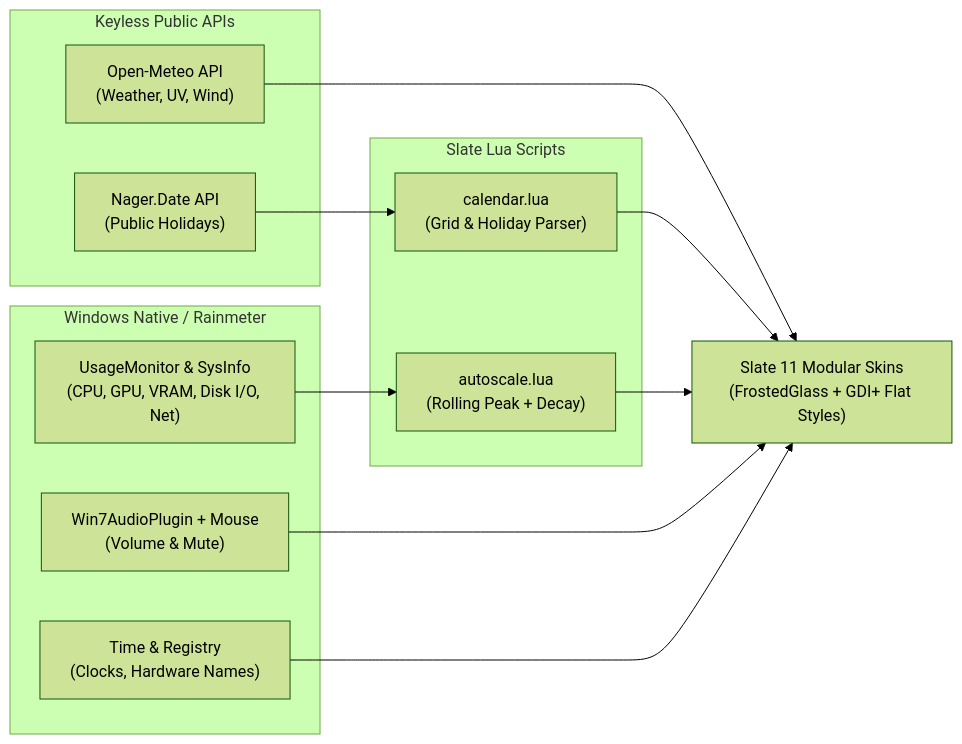
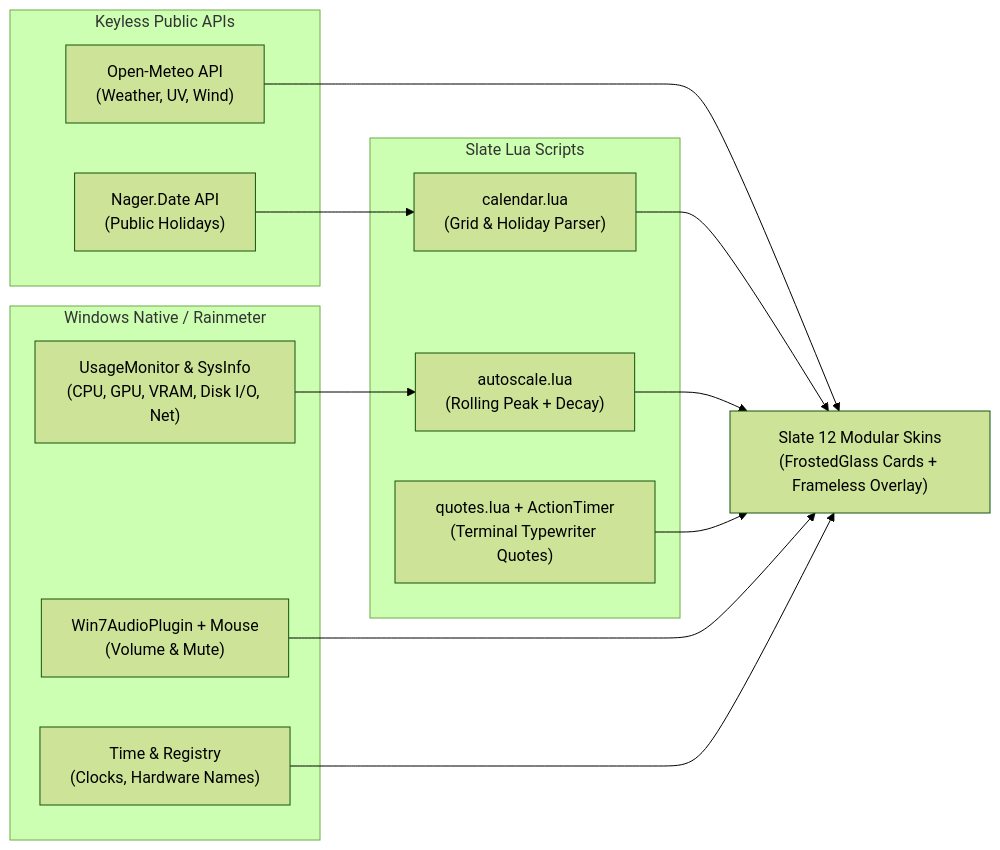
The diagram in README.md (marcelofrau/slate-rainmeter), drawn with Mermaid (forest theme) before and after one commit. The commit also changed other lines of this file, not shown here.

Commit message:
docs(README): document DesktopClock, terminal typewriter quotes, and 12-skin layout

````diff
--- a/README.md
+++ b/README.md
@@ -42,24 +46,26 @@
 ```mermaid
 flowchart LR
     subgraph Native["Windows Native / Rainmeter"]
         Perf["UsageMonitor & SysInfo\n(CPU, GPU, VRAM, Disk I/O, Net)"]
         Audio["Win7AudioPlugin + Mouse\n(Volume & Mute)"]
         ClockM["Time & Registry\n(Clocks, Hardware Names)"]
     end
 
     subgraph PublicAPIs["Keyless Public APIs"]
         Meteo["Open-Meteo API\n(Weather, UV, Wind)"]
         Nager["Nager.Date API\n(Public Holidays)"]
     end
 
     subgraph LuaEngine["Slate Lua Scripts"]
         AutoScale["autoscale.lua\n(Rolling Peak + Decay)"]
         CalLua["calendar.lua\n(Grid & Holiday Parser)"]
+        QuotesLua["quotes.lua + ActionTimer\n(Terminal Typewriter Quotes)"]
     end
 
-    Perf --> AutoScale --> Skins["Slate 11 Modular Skins\n(FrostedGlass + GDI+ Flat Styles)"]
+    Perf --> AutoScale --> Skins["Slate 12 Modular Skins\n(FrostedGlass Cards + Frameless Overlay)"]
     Audio --> Skins
     ClockM --> Skins
     Meteo --> Skins
     Nager --> CalLua --> Skins
+    QuotesLua --> Skins
 ```
````
